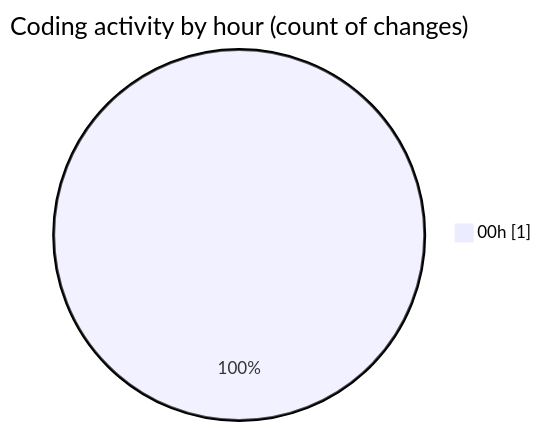
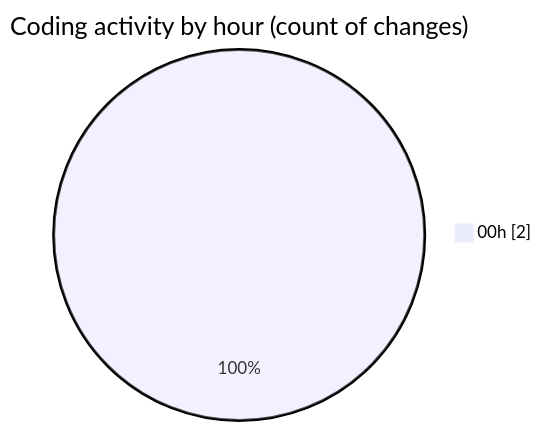
The second of 2 diagrams in 2026-04-24/darkwire/README.md (tmsrecording-cyber/code-tracking), drawn with Mermaid before and after one commit. The commit also changed other lines of this file and 1 other file, not shown here.

````diff
--- a/2026-04-24/darkwire/README.md
+++ b/2026-04-24/darkwire/README.md
@@ -28,5 +30,5 @@
 ```mermaid
 pie showData
 title Coding activity by hour (count of changes)
-"00h" : 1
+"00h" : 2
 ```
````
